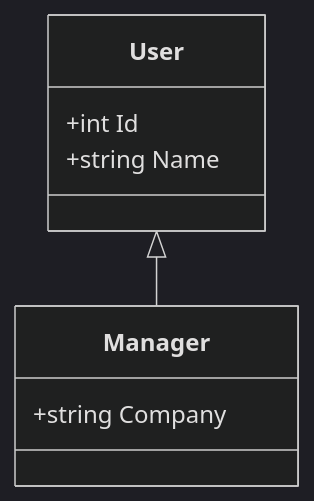
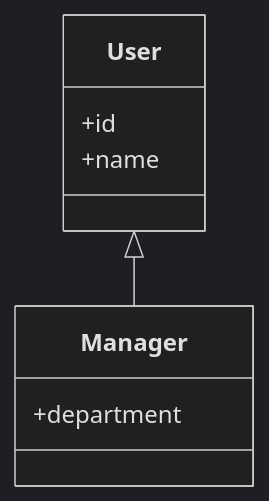
One commit to Kert0n/KPO changed the fifth of 17 diagrams in lectures/Lec1/vitepress.md. Above: the diagram before and after it, drawn with Mermaid (dark theme). The commit also changed other lines of this file and 3 other files, not shown here.

````diff
--- a/lectures/Lec1/vitepress.md
+++ b/lectures/Lec1/vitepress.md
@@ -82,11 +347,11 @@
 ```mermaid
 classDiagram
     class User {
-        +int Id
-        +string Name
+        +id
+        +name
     }
     class Manager {
-        +string Company
+        +department
     }
     User <|-- Manager
 ```
````
